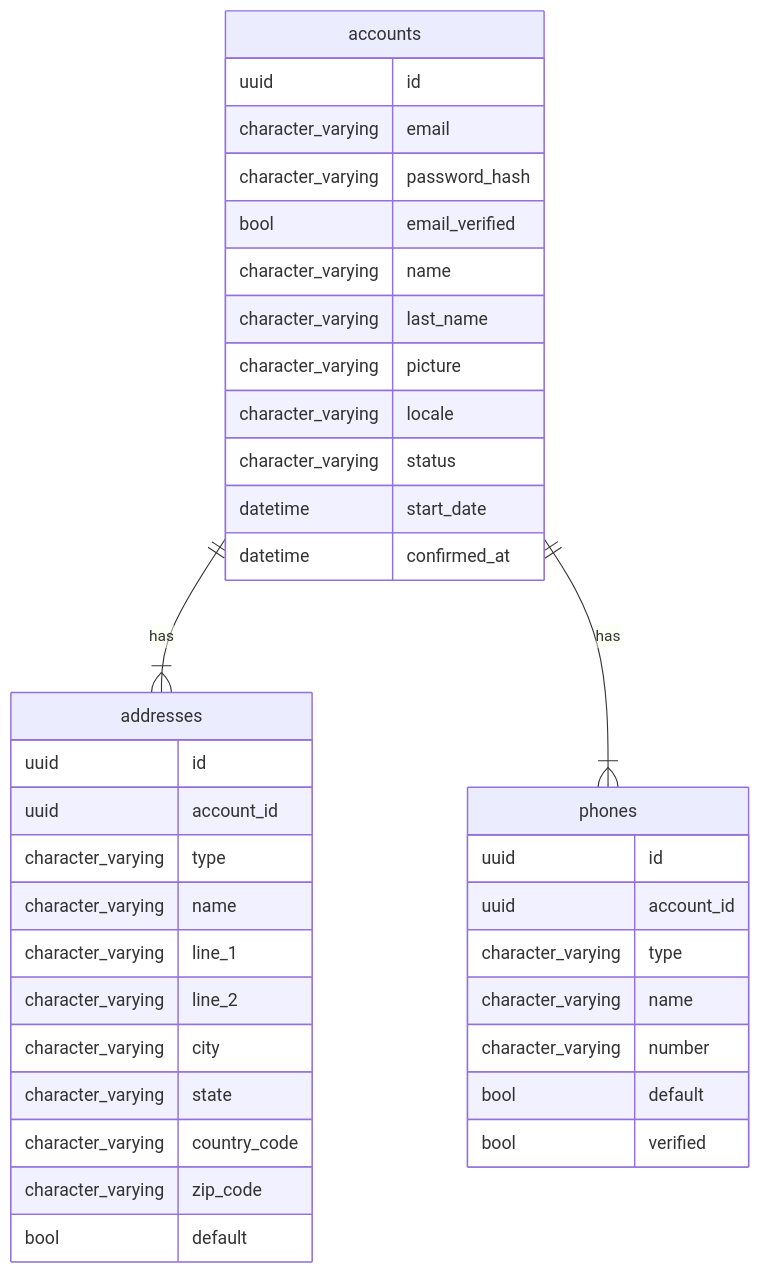
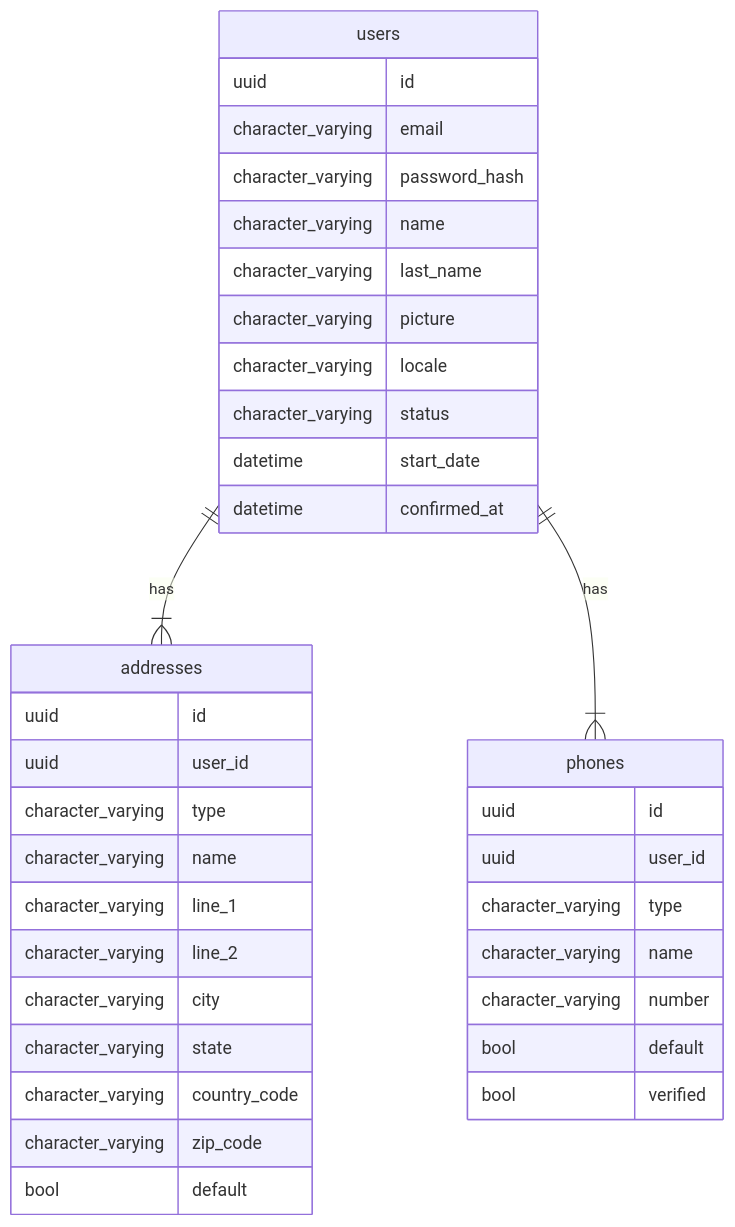
Before and after one commit to Taskero/accounts_management: the diagram in README.md, drawn with Mermaid. The commit also changed other lines of this file and 54 other files, not shown here.

````diff
--- a/README.md
+++ b/README.md
@@ -7,45 +8,44 @@
 ```mermaid
 erDiagram
 
-    accounts {
+    users {
         uuid id
         character_varying email
         character_varying password_hash
-        bool email_verified
         character_varying name
         character_varying last_name
         character_varying picture
         character_varying locale
         character_varying status
         datetime start_date
         datetime confirmed_at
     }
 
     addresses {
         uuid id
-        uuid account_id
+        uuid user_id
         character_varying type
         character_varying name
         character_varying line_1
         character_varying line_2
         character_varying city
         character_varying state
         character_varying country_code
         character_varying zip_code
         bool default
     }
 
     phones {
         uuid id
-        uuid account_id
+        uuid user_id
         character_varying type
         character_varying name
         character_varying number
         bool default
         bool verified
     }
 
-    accounts ||--|{ addresses : has
-    accounts ||--|{ phones : has
+    users ||--|{ addresses : has
+    users ||--|{ phones : has
 
 ```
````
